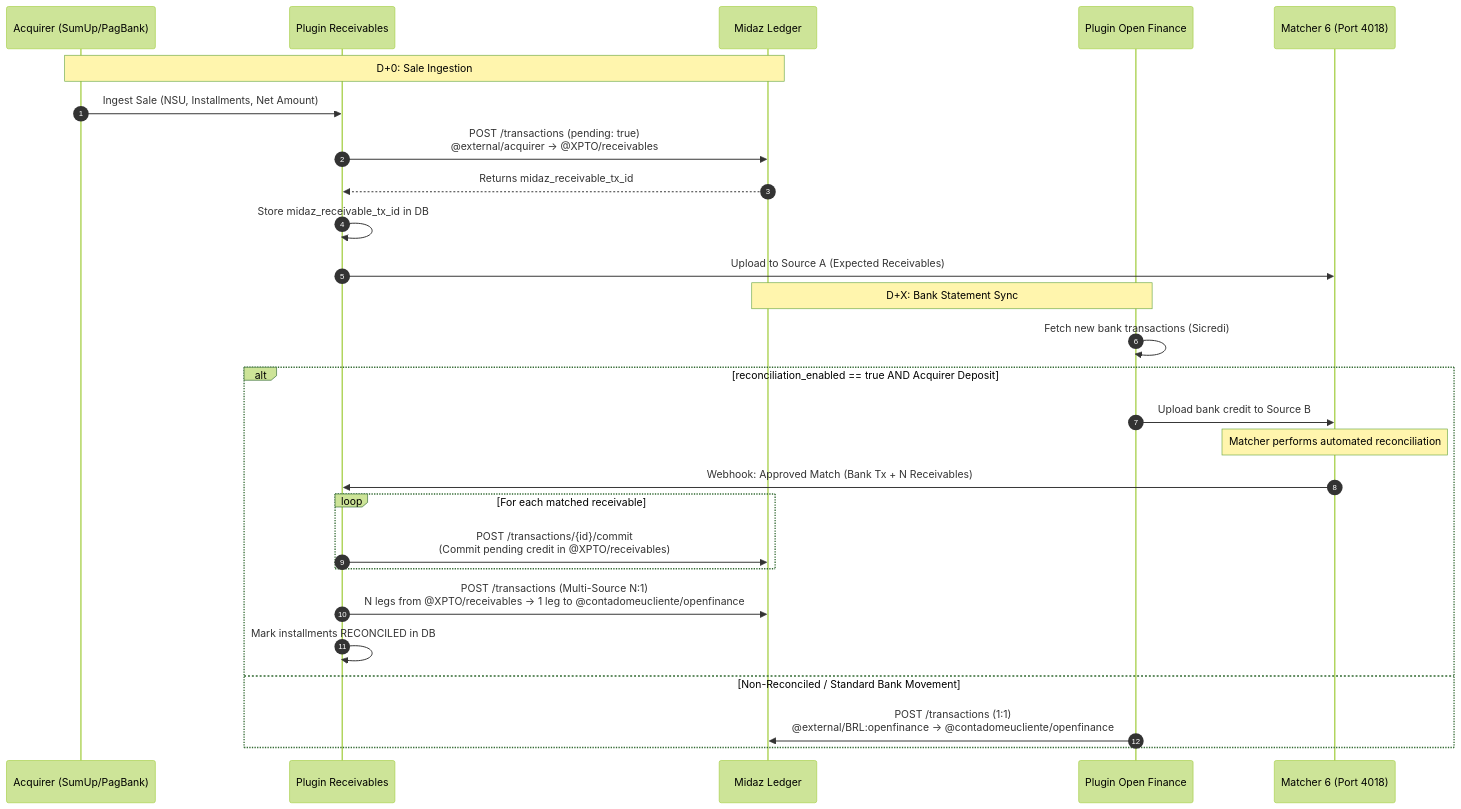
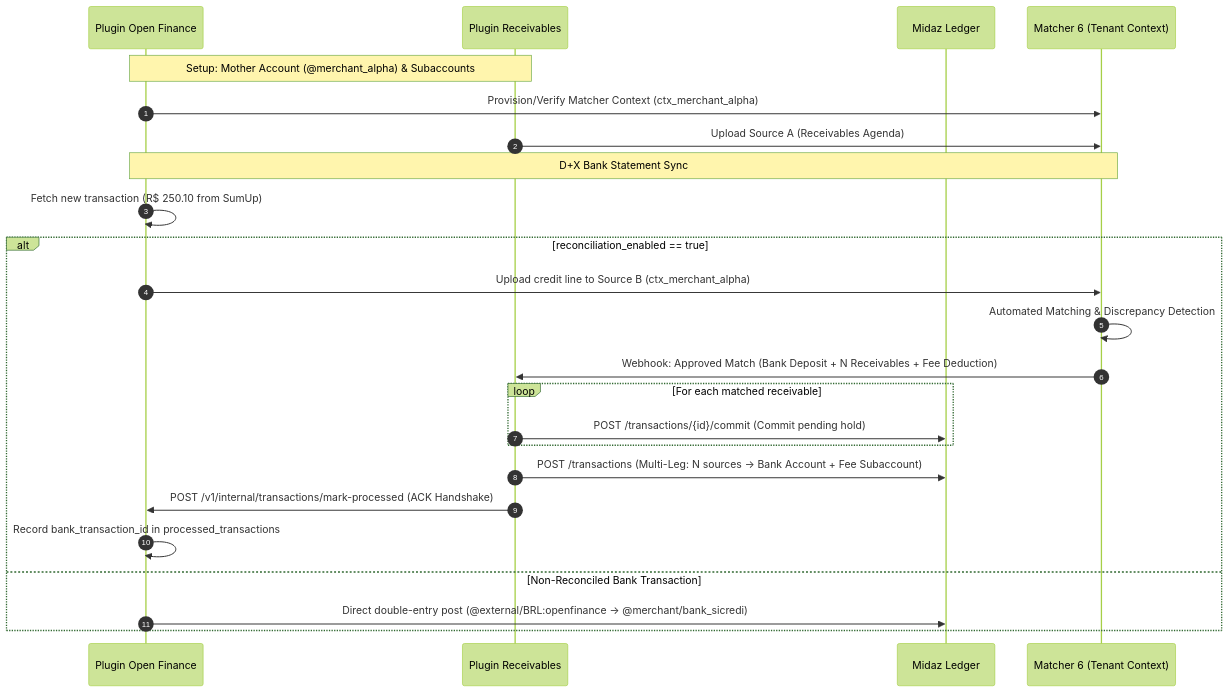
One commit to adryanalencar/midaz-receivables-plugin changed the diagram in docs/06-INTER-PLUGIN-PROTOCOL-OPENFINANCE.md. Above: the diagram before and after it, drawn with Mermaid (forest theme). The commit also changed other lines of this file and 22 other files, not shown here.

Commit message:
feat(hierarchy): implement mother accounts, fee subaccounts, internal acquirer liquidity and inter-plugin handshake

````diff
--- a/docs/06-INTER-PLUGIN-PROTOCOL-OPENFINANCE.md
+++ b/docs/06-INTER-PLUGIN-PROTOCOL-OPENFINANCE.md
@@ -22,31 +22,28 @@
 ```mermaid
 sequenceDiagram
     autonumber
-    participant POS as Acquirer (SumUp/PagBank)
+    participant OF as Plugin Open Finance
     participant REC as Plugin Receivables
     participant MID as Midaz Ledger
-    participant OF as Plugin Open Finance
-    participant MAT as Matcher 6 (Port 4018)
+    participant MAT as Matcher 6 (Tenant Context)
 
-    Note over POS,MID: D+0: Sale Ingestion
-    POS->>REC: Ingest Sale (NSU, Installments, Net Amount)
-    REC->>MID: POST /transactions (pending: true)<br/>@external/acquirer -> @XPTO/receivables
-    MID-->>REC: Returns midaz_receivable_tx_id
-    REC->>REC: Store midaz_receivable_tx_id in DB
-    REC->>MAT: Upload to Source A (Expected Receivables)
+    Note over OF,REC: Setup: Mother Account (@merchant_alpha) & Subaccounts
+    OF->>MAT: Provision/Verify Matcher Context (ctx_merchant_alpha)
+    REC->>MAT: Upload Source A (Receivables Agenda)
 
-    Note over OF,MID: D+X: Bank Statement Sync
-    OF->>OF: Fetch new bank transactions (Sicredi)
-    alt reconciliation_enabled == true AND Acquirer Deposit
-        OF->>MAT: Upload bank credit to Source B
-        Note over MAT: Matcher performs automated reconciliation
-        MAT->>REC: Webhook: Approved Match (Bank Tx + N Receivables)
+    Note over OF,MAT: D+X Bank Statement Sync
+    OF->>OF: Fetch new transaction (R$ 250.10 from SumUp)
+    alt reconciliation_enabled == true
+        OF->>MAT: Upload credit line to Source B (ctx_merchant_alpha)
+        MAT->>MAT: Automated Matching & Discrepancy Detection
+        MAT->>REC: Webhook: Approved Match (Bank Deposit + N Receivables + Fee Deduction)
         loop For each matched receivable
-            REC->>MID: POST /transactions/{id}/commit<br/>(Commit pending credit in @XPTO/receivables)
+            REC->>MID: POST /transactions/{id}/commit (Commit pending hold)
         end
-        REC->>MID: POST /transactions (Multi-Source N:1)<br/>N legs from @XPTO/receivables -> 1 leg to @contadomeucliente/openfinance
-        REC->>REC: Mark installments RECONCILED in DB
-    else Non-Reconciled / Standard Bank Movement
-        OF->>MID: POST /transactions (1:1)<br/>@external/BRL:openfinance -> @contadomeucliente/openfinance
+        REC->>MID: POST /transactions (Multi-Leg: N sources -> Bank Account + Fee Subaccount)
+        REC->>OF: POST /v1/internal/transactions/mark-processed (ACK Handshake)
+        OF->>OF: Record bank_transaction_id in processed_transactions
+    else Non-Reconciled Bank Transaction
+        OF->>MID: Direct double-entry post (@external/BRL:openfinance -> @merchant/bank_sicredi)
     end
 ```
````
